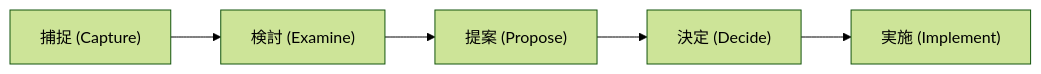
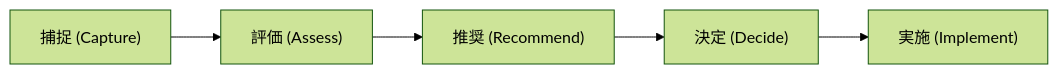
The eighth of 10 diagrams in Prince2-7-foundation-guide.md (myoshi2891/Management-Team-Building-Studies), drawn with Mermaid (forest theme) before and after one commit. The commit also changed other lines of this file and 1 other file, not shown here.

````diff
--- a/Prince2-7-foundation-guide.md
+++ b/Prince2-7-foundation-guide.md
@@ -296,7 +297,7 @@
 ```mermaid
 flowchart LR
-    CAP["捕捉 (Capture)"] --> EXAM["検討 (Examine)"]
-    EXAM --> PROP["提案 (Propose)"]
+    CAP["捕捉 (Capture)"] --> EXAM["評価 (Assess)"]
+    EXAM --> PROP["推奨 (Recommend)"]
     PROP --> DEC["決定 (Decide)"]
     DEC --> IMPL["実施 (Implement)"]
 ```
````
